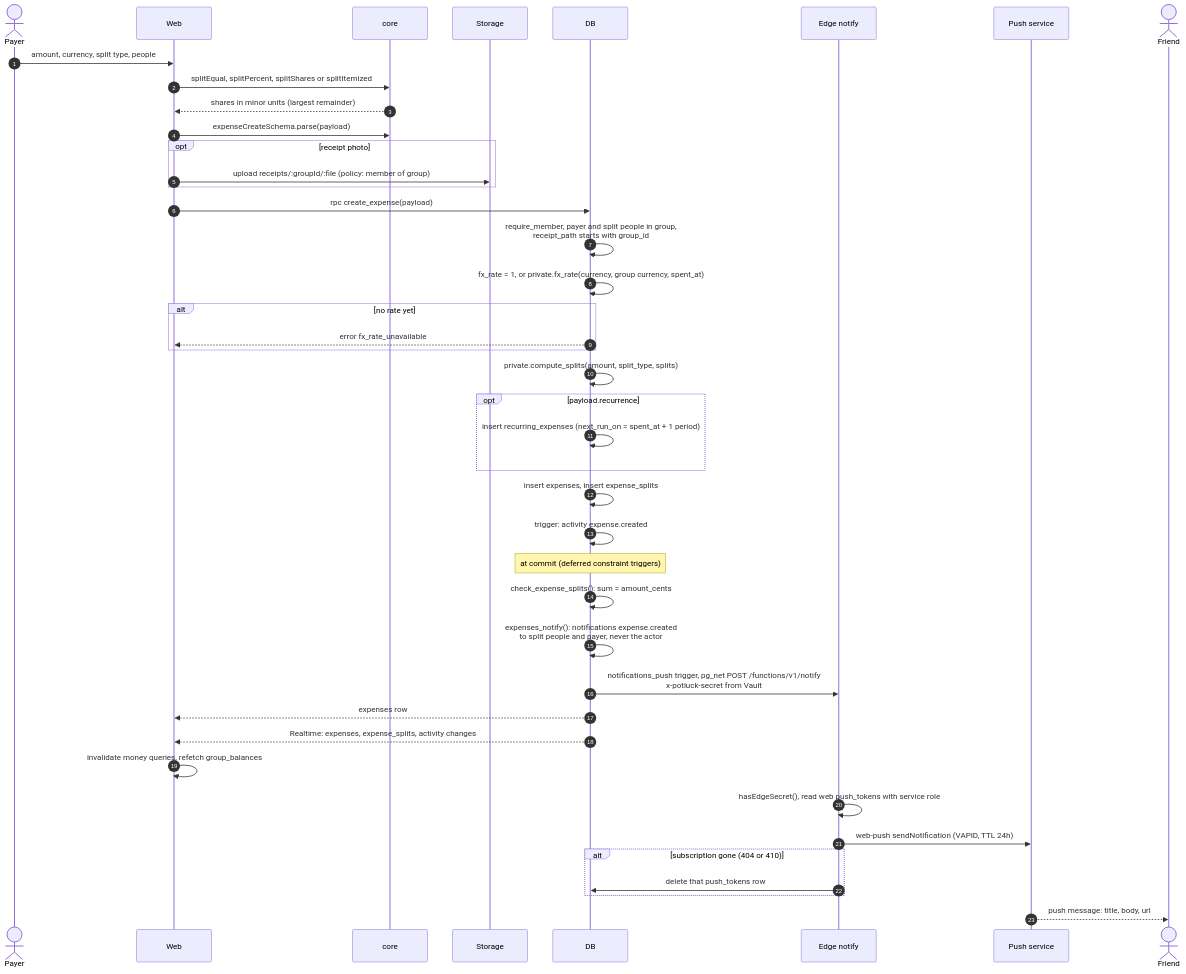
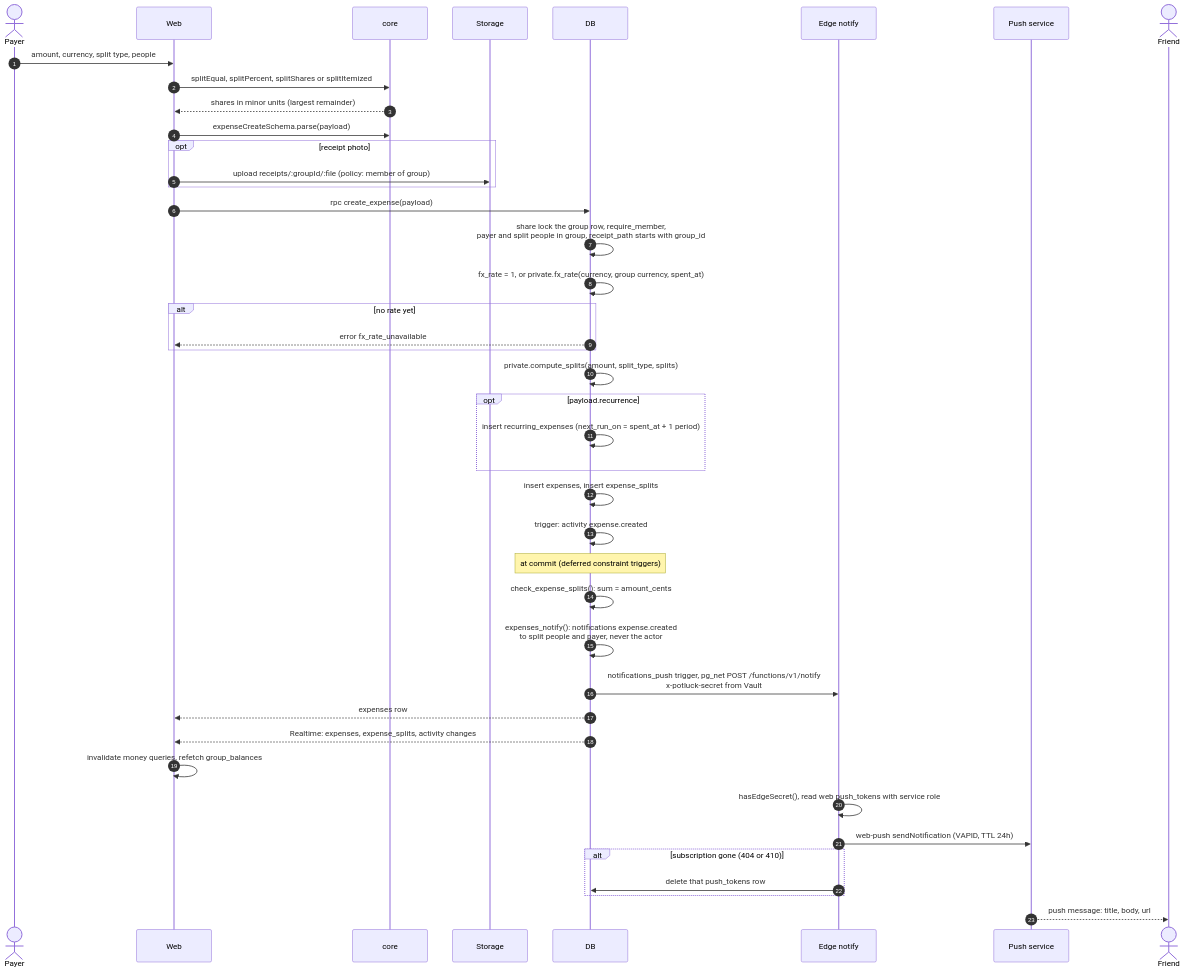
The fourth of 14 diagrams in docs/sequences.md (Fermulate/potluck), drawn with Mermaid before and after one commit. The commit also changed other lines of this file and 1 other file, not shown here.

Commit message:
sequence diagrams follow blocks, locks and fx precision

````diff
--- a/docs/sequences.md
+++ b/docs/sequences.md
@@ -131,45 +131,45 @@
 ```mermaid
 sequenceDiagram
   autonumber
   actor P as Payer
   participant W as Web
   participant C as core
   participant S as Storage
   participant DB as DB
   participant E as Edge notify
   participant PS as Push service
   actor F as Friend
 
   P->>W: amount, currency, split type, people
   W->>C: splitEqual, splitPercent, splitShares or splitItemized
   C-->>W: shares in minor units (largest remainder)
   W->>C: expenseCreateSchema.parse(payload)
   opt receipt photo
     W->>S: upload receipts/:groupId/:file (policy: member of group)
   end
   W->>DB: rpc create_expense(payload)
-  DB->>DB: require_member, payer and split people in group,<br/>receipt_path starts with group_id
+  DB->>DB: share lock the group row, require_member,<br/>payer and split people in group, receipt_path starts with group_id
   DB->>DB: fx_rate = 1, or private.fx_rate(currency, group currency, spent_at)
   alt no rate yet
     DB-->>W: error fx_rate_unavailable
   end
   DB->>DB: private.compute_splits(amount, split_type, splits)
   opt payload.recurrence
     DB->>DB: insert recurring_expenses (next_run_on = spent_at + 1 period)
   end
   DB->>DB: insert expenses, insert expense_splits
   DB->>DB: trigger: activity expense.created
   Note over DB: at commit (deferred constraint triggers)
   DB->>DB: check_expense_splits(): sum = amount_cents
   DB->>DB: expenses_notify(): notifications expense.created<br/>to split people and payer, never the actor
   DB->>E: notifications_push trigger, pg_net POST /functions/v1/notify<br/>x-potluck-secret from Vault
   DB-->>W: expenses row
   DB-->>W: Realtime: expenses, expense_splits, activity changes
   W->>W: invalidate money queries, refetch group_balances
   E->>E: hasEdgeSecret(), read web push_tokens with service role
   E->>PS: web-push sendNotification (VAPID, TTL 24h)
   alt subscription gone (404 or 410)
     E->>DB: delete that push_tokens row
   end
   PS-->>F: push message: title, body, url
 ```
````
